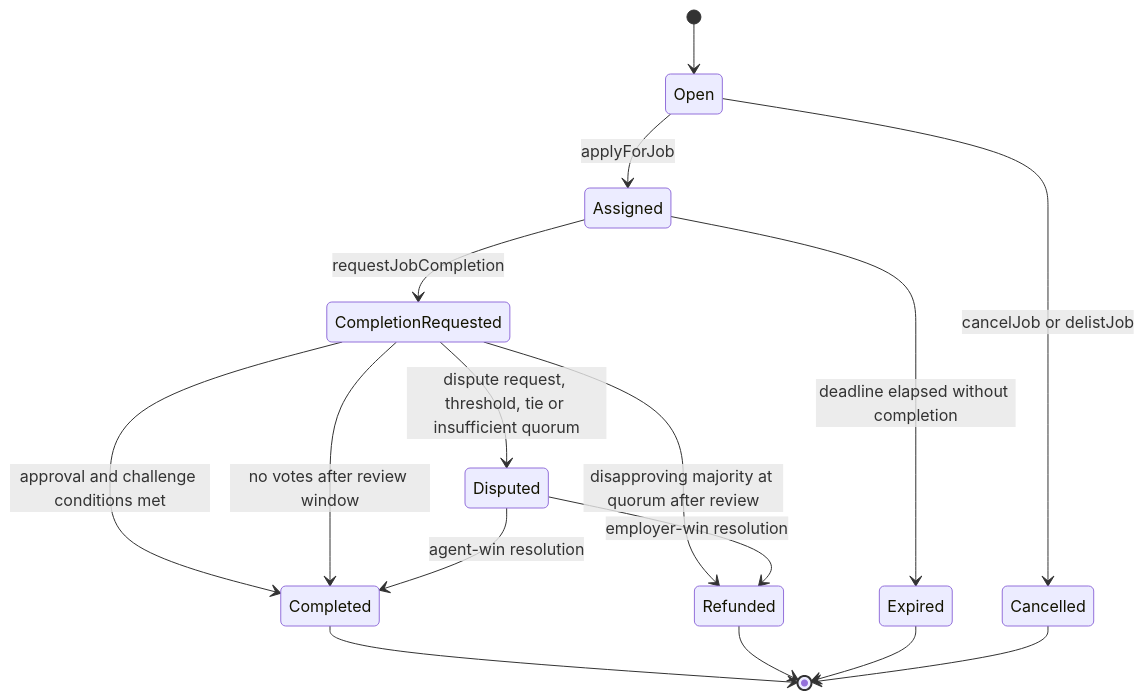
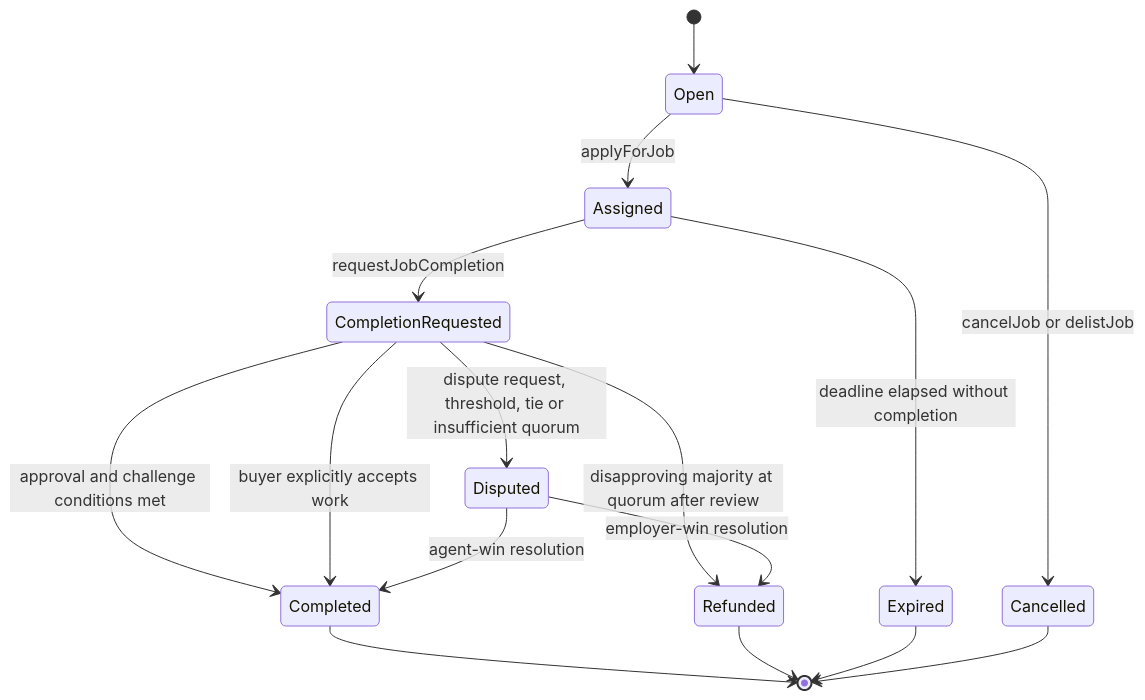
The second of 2 diagrams in docs/QUINTESSENTIAL_USE_CASE.md (MontrealAI/AGIJobManager), drawn with Mermaid before and after one commit. The commit also changed other lines of this file and 190 other files, not shown here.

````diff
--- a/docs/QUINTESSENTIAL_USE_CASE.md
+++ b/docs/QUINTESSENTIAL_USE_CASE.md
@@ -74,18 +74,18 @@
 ```mermaid
 stateDiagram-v2
   [*] --> Open
   Open --> Assigned: applyForJob
   Open --> Cancelled: cancelJob or delistJob
   Assigned --> CompletionRequested: requestJobCompletion
   Assigned --> Expired: deadline elapsed without completion
   CompletionRequested --> Completed: approval and challenge conditions met
-  CompletionRequested --> Completed: no votes after review window
+  CompletionRequested --> Completed: buyer explicitly accepts work
   CompletionRequested --> Refunded: disapproving majority at quorum after review
   CompletionRequested --> Disputed: dispute request, threshold, tie or insufficient quorum
   Disputed --> Completed: agent-win resolution
   Disputed --> Refunded: employer-win resolution
   Completed --> [*]
   Refunded --> [*]
   Expired --> [*]
   Cancelled --> [*]
 ```
````
